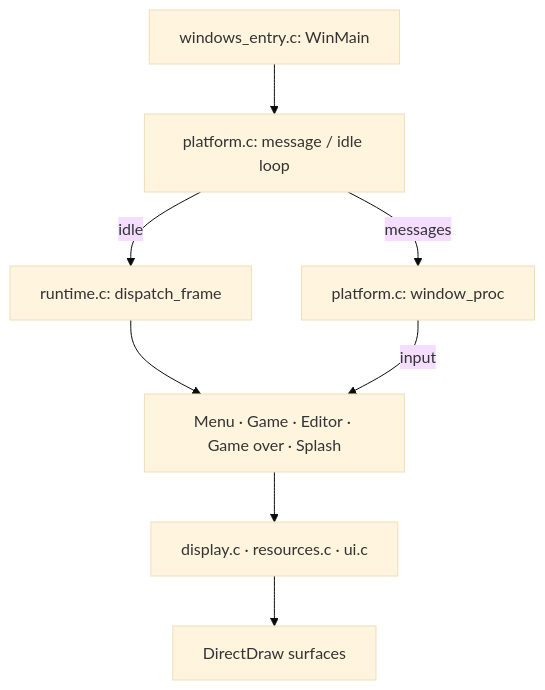
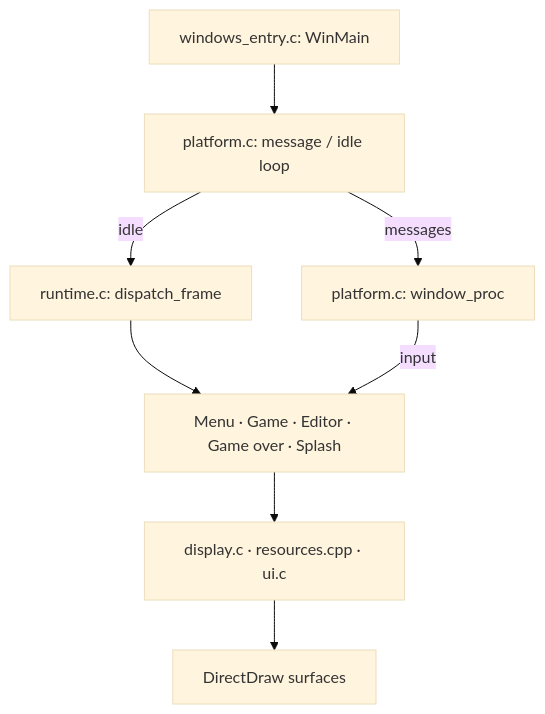
The diagram in docs/ARCHITECTURE.md (N0zoM1z0/dx-ball), drawn with Mermaid (base theme) before and after one commit. The commit also changed other lines of this file and 21 other files, not shown here.

````diff
--- a/docs/ARCHITECTURE.md
+++ b/docs/ARCHITECTURE.md
@@ -15,10 +15,10 @@
 ```mermaid
 flowchart TD
     Entry["windows_entry.c: WinMain"] --> Loop["platform.c: message / idle loop"]
     Loop -->|idle| Dispatch["runtime.c: dispatch_frame"]
     Loop -->|messages| Input["platform.c: window_proc"]
     Dispatch --> Modes["Menu · Game · Editor · Game over · Splash"]
     Input -->|input| Modes
-    Modes --> Draw["display.c · resources.c · ui.c"]
+    Modes --> Draw["display.c · resources.cpp · ui.c"]
     Draw --> Surfaces["DirectDraw surfaces"]
 ```
````
